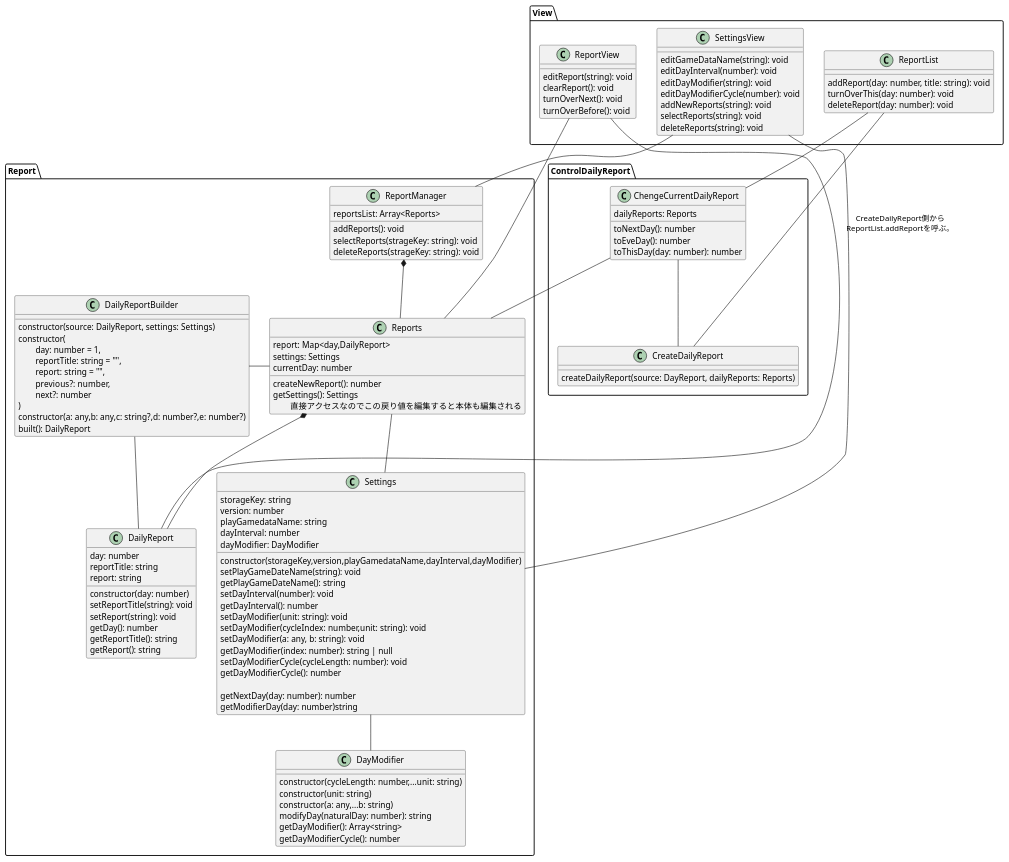
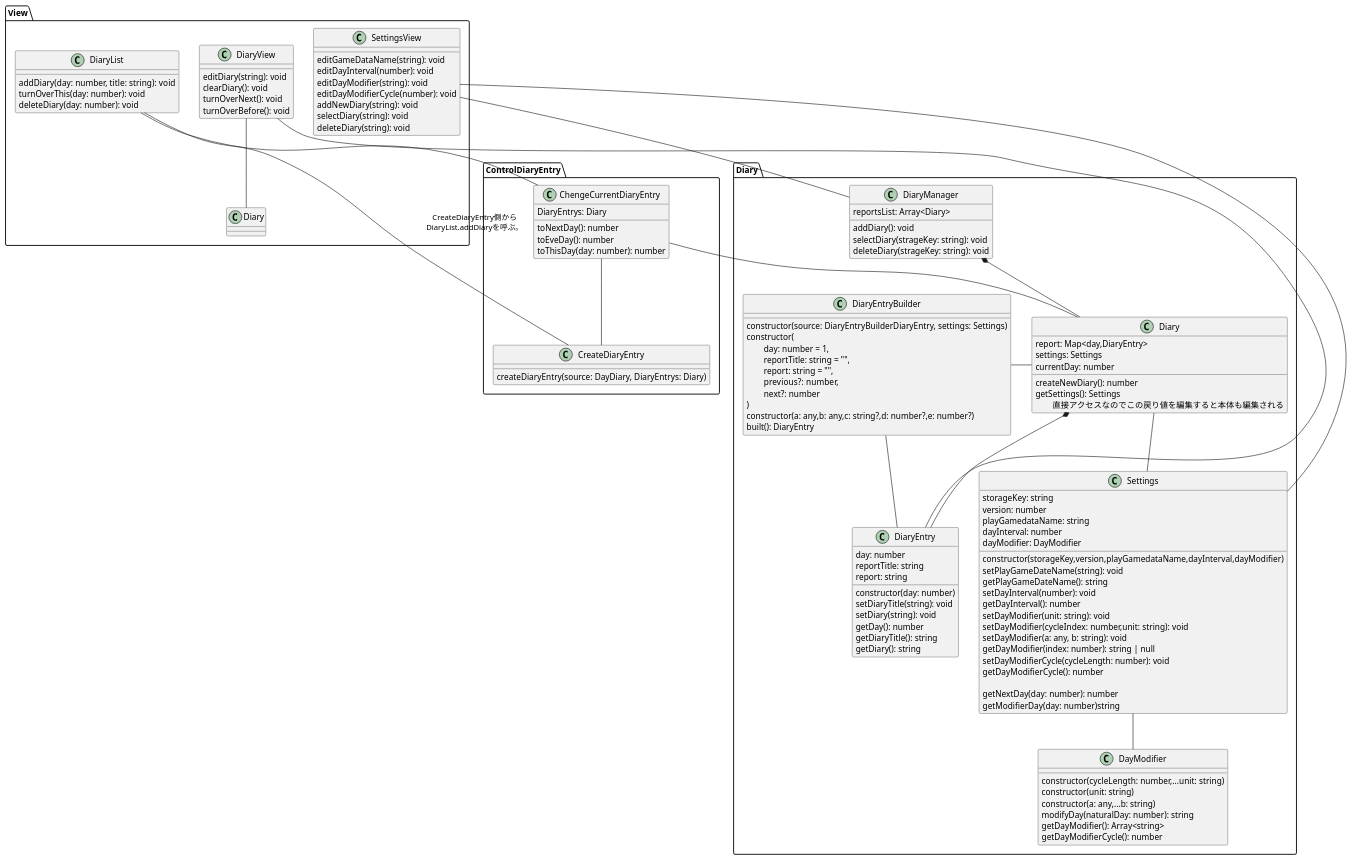
The diagram in UML/class.puml (urusakuma/GameDiary), drawn with PlantUML before and after one commit. The commit also changed 17 other files, not shown here.

```diff
--- a/UML/class.puml
+++ b/UML/class.puml
@@ -1,113 +1,113 @@
 @startuml class
-package Report{
-  class Reports{
-    report: Map<day,DailyReport>
+package Diary{
+  class Diary{
+    report: Map<day,DiaryEntry>
     settings: Settings
     currentDay: number
-    createNewReport(): number
+    createNewDiary(): number
     getSettings(): Settings\n\t直接アクセスなのでこの戻り値を編集すると本体も編集される
   }
-  class DailyReportBuilder{
-    constructor(source: DailyReport, settings: Settings)
+  class DiaryEntryBuilder{
+    constructor(source: DiaryEntryBuilderDiaryEntry, settings: Settings)
     constructor(\n\tday: number = 1,\n\treportTitle: string = "",\n\treport: string = "",\n\tprevious?: number,\n\tnext?: number\n)
     constructor(a: any,b: any,c: string?,d: number?,e: number?)
-    built(): DailyReport
+    built(): DiaryEntry
   }
-  Reports -l- DailyReportBuilder
-  DailyReportBuilder -- DailyReport
-  class DailyReport{
+  Diary -l- DiaryEntryBuilder
+  DiaryEntryBuilder -- DiaryEntry
+  class DiaryEntry{
     day: number
     reportTitle: string
     report: string
     constructor(day: number)
-    setReportTitle(string): void
-    setReport(string): void
+    setDiaryTitle(string): void
+    setDiary(string): void
     getDay(): number
-    getReportTitle(): string
-    getReport(): string
+    getDiaryTitle(): string
+    getDiary(): string
   }
 
   class Settings{
     storageKey: string
     version: number
     playGamedataName: string
     dayInterval: number
     dayModifier: DayModifier
     constructor(storageKey,version,playGamedataName,dayInterval,dayModifier)
     setPlayGameDateName(string): void
     getPlayGameDateName(): string
     setDayInterval(number): void
     getDayInterval(): number
     setDayModifier(unit: string): void
     setDayModifier(cycleIndex: number,unit: string): void
     setDayModifier(a: any, b: string): void
     getDayModifier(index: number): string | null
     setDayModifierCycle(cycleLength: number): void
     getDayModifierCycle(): number
 
     getNextDay(day: number): number
     getModifierDay(day: number)string
   }
-  Reports *-- DailyReport
-  Reports -- Settings
+  Diary *-- DiaryEntry
+  Diary -- Settings
   Settings -- DayModifier
   class DayModifier{
     constructor(cycleLength: number,...unit: string)
     constructor(unit: string)
     constructor(a: any,...b: string)
     modifyDay(naturalDay: number): string
     getDayModifier(): Array<string>
     getDayModifierCycle(): number
   }
-  class ReportManager{
-    reportsList: Array<Reports>
-    addReports(): void
-    selectReports(strageKey: string): void
-    deleteReports(strageKey: string): void
+  class DiaryManager{
+    reportsList: Array<Diary>
+    addDiary(): void
+    selectDiary(strageKey: string): void
+    deleteDiary(strageKey: string): void
   }
-  ReportManager *-- Reports
+  DiaryManager *-- Diary
 }
-package ControlDailyReport{
-  class CreateDailyReport{
-    createDailyReport(source: DayReport, dailyReports: Reports)
+package ControlDiaryEntry{
+  class CreateDiaryEntry{
+    createDiaryEntry(source: DayDiary, DiaryEntrys: Diary)
   }
-  class ChengeCurrentDailyReport{
-    dailyReports: Reports
+  class ChengeCurrentDiaryEntry{
+    DiaryEntrys: Diary
     toNextDay(): number
     toEveDay(): number
     toThisDay(day: number): number
   }
-  ChengeCurrentDailyReport -- CreateDailyReport
-  ChengeCurrentDailyReport -- Reports
+  ChengeCurrentDiaryEntry -- CreateDiaryEntry
+  ChengeCurrentDiaryEntry -- Diary.Diary
 }
 package View{
-  class ReportList{
-    addReport(day: number, title: string): void
+  class DiaryList{
+    addDiary(day: number, title: string): void
     turnOverThis(day: number): void
-    deleteReport(day: number): void
+    deleteDiary(day: number): void
   }
-  class ReportView{
-    editReport(string): void
-    clearReport(): void
+  class DiaryView{
+    editDiary(string): void
+    clearDiary(): void
     turnOverNext(): void
     turnOverBefore(): void
   }
   class SettingsView{
     editGameDataName(string): void
     editDayInterval(number): void
     editDayModifier(string): void
     editDayModifierCycle(number): void
-    addNewReports(string): void
-    selectReports(string): void
-    deleteReports(string): void
+    addNewDiary(string): void
+    selectDiary(string): void
+    deleteDiary(string): void
   }
-  ReportList -- CreateDailyReport : CreateDailyReport側から\nReportList.addReportを呼ぶ。
-  ReportList -- ChengeCurrentDailyReport
-  ReportView -- DailyReport
-  ReportView -- Reports
+  DiaryList -- CreateDiaryEntry : CreateDiaryEntry側から\nDiaryList.addDiaryを呼ぶ。
+  DiaryList -- ChengeCurrentDiaryEntry
+  DiaryView -- DiaryEntry
+  DiaryView -- Diary
   SettingsView -- Settings
-  SettingsView -- ReportManager
+  SettingsView -- DiaryManager
 
 
 }
 @enduml
```
